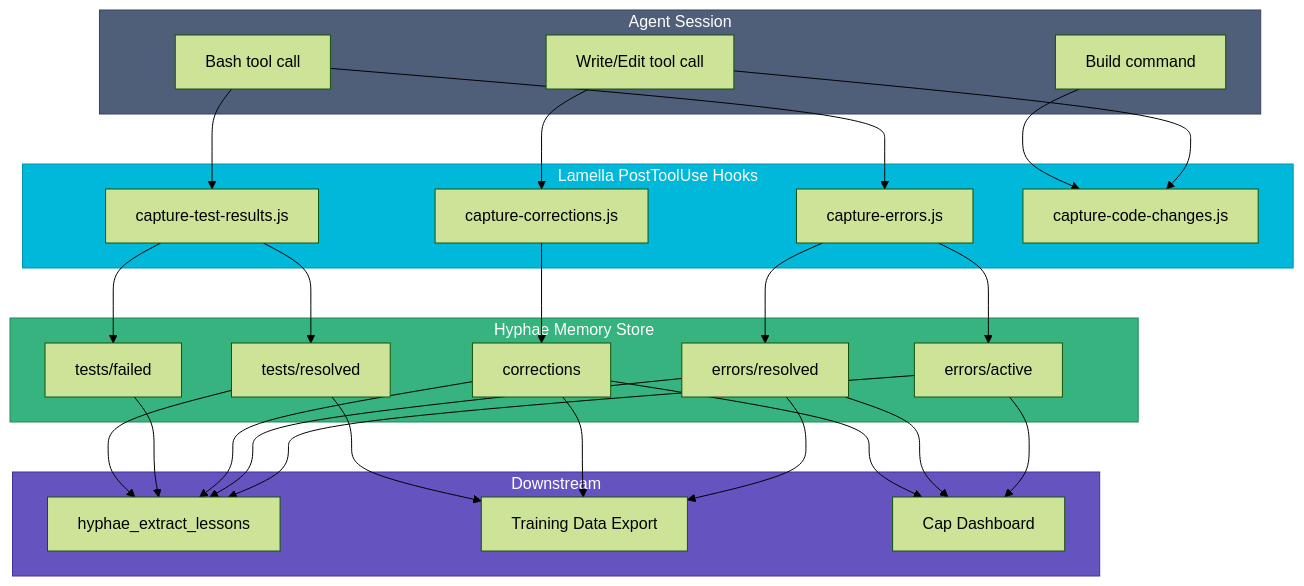
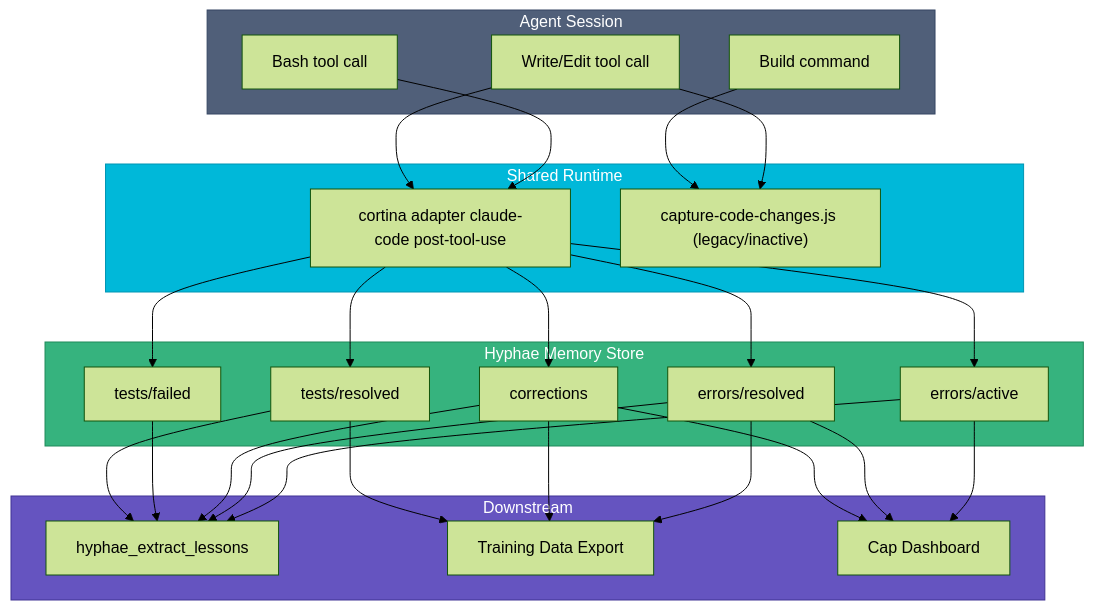
Before and after one commit to basidiocarp/lamella: the first of 2 diagrams in docs/FEEDBACK-CAPTURE.md, drawn with Mermaid (forest theme). The commit also changed other lines of this file and 5 other files, not shown here.

Commit message:
docs: align lamella hooks with cortina runtime

````diff
--- a/docs/FEEDBACK-CAPTURE.md
+++ b/docs/FEEDBACK-CAPTURE.md
@@ -9,60 +9,57 @@
 ```mermaid
 flowchart TD
     subgraph Agent["Agent Session"]
         Bash["Bash tool call"]
         Write["Write/Edit tool call"]
         Build["Build command"]
     end
 
-    subgraph Hooks["Lamella PostToolUse Hooks"]
-        CE["capture-errors.js"]
-        CC["capture-corrections.js"]
-        CT["capture-test-results.js"]
-        CCH["capture-code-changes.js"]
+    subgraph Hooks["Shared Runtime"]
+        CPT["cortina adapter claude-code post-tool-use"]
+        CCH["capture-code-changes.js (legacy/inactive)"]
     end
 
     subgraph Hyphae["Hyphae Memory Store"]
         EA["errors/active"]
         ER["errors/resolved"]
         CO["corrections"]
         TF["tests/failed"]
         TR["tests/resolved"]
     end
 
     subgraph Output["Downstream"]
         Lessons["hyphae_extract_lessons"]
         Training["Training Data Export"]
         Cap["Cap Dashboard"]
     end
 
-    Bash --> CE
-    Bash --> CT
-    Write --> CC
+    Bash --> CPT
+    Write --> CPT
     Write --> CCH
     Build --> CCH
 
-    CE --> EA
-    CE --> ER
-    CC --> CO
-    CT --> TF
-    CT --> TR
+    CPT --> EA
+    CPT --> ER
+    CPT --> CO
+    CPT --> TF
+    CPT --> TR
 
     EA --> Lessons
     ER --> Lessons
     CO --> Lessons
     TF --> Lessons
     TR --> Lessons
 
     ER --> Training
     CO --> Training
     TR --> Training
 
     EA --> Cap
     ER --> Cap
     CO --> Cap
 
     style Agent fill:#505f79,stroke:#344563,color:#fff
     style Hooks fill:#00b8d9,stroke:#0095b3,color:#fff
     style Hyphae fill:#36b37e,stroke:#1f8a5a,color:#fff
     style Output fill:#6554c0,stroke:#403294,color:#fff
 ```
````
